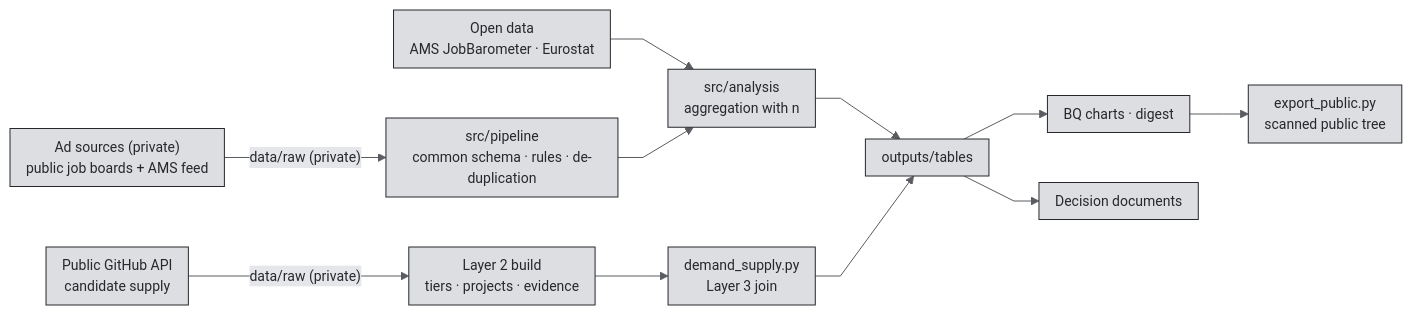
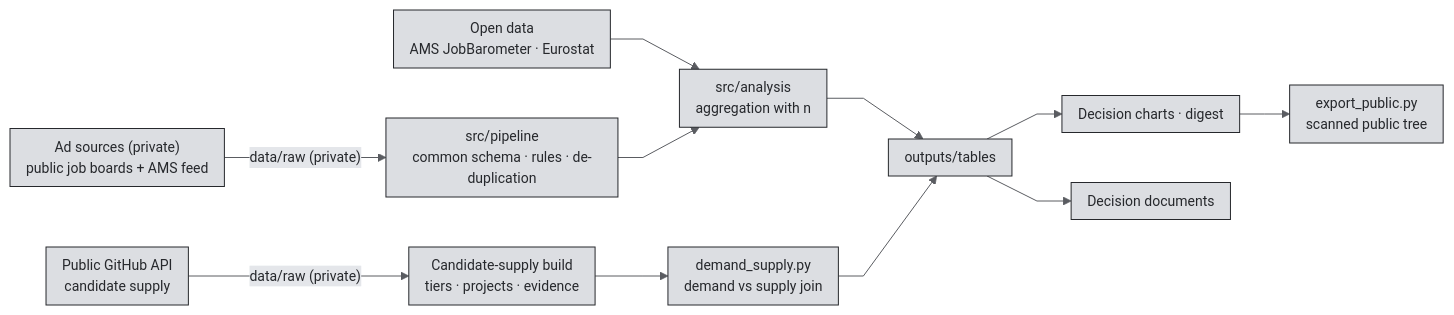
One commit to RafaelBraga-Kribitz/austria-data-job-market-intelligence changed the diagram in README.md. Above: the diagram before and after it, drawn with Mermaid. The commit also changed other lines of this file, not shown here.

````diff
--- a/README.md
+++ b/README.md
@@ -128,14 +185,14 @@
 ```mermaid
 %%{init: {"theme":"base","fontFamily":"BKribitz, system-ui, -apple-system, Segoe UI, Helvetica, Arial, sans-serif","themeVariables":{"background":"#E4E6EA","primaryColor":"#DCDEE2","primaryTextColor":"#26282C","primaryBorderColor":"#26282C","secondaryColor":"#E4E6EA","secondaryTextColor":"#26282C","secondaryBorderColor":"#5A5C61","tertiaryColor":"#E4E6EA","tertiaryTextColor":"#26282C","tertiaryBorderColor":"#C2C4CA","lineColor":"#5A5C61","textColor":"#26282C","mainBkg":"#DCDEE2","nodeBorder":"#26282C","clusterBkg":"#E4E6EA","clusterBorder":"#C2C4CA","edgeLabelBackground":"#E4E6EA","titleColor":"#26282C","fontFamily":"BKribitz, system-ui, -apple-system, Segoe UI, Helvetica, Arial, sans-serif","fontSize":"14px"},"flowchart":{"curve":"linear","htmlLabels":true,"padding":8}}}%%
 flowchart LR
   A["Ad sources (private)<br/>public job boards + AMS feed"] -->|"data/raw (private)"| P["src/pipeline<br/>common schema · rules · de-duplication"]
   O["Open data<br/>AMS JobBarometer · Eurostat"] --> N
-  G["Public GitHub API<br/>candidate supply"] -->|"data/raw (private)"| S["Layer 2 build<br/>tiers · projects · evidence"]
+  G["Public GitHub API<br/>candidate supply"] -->|"data/raw (private)"| S["Candidate-supply build<br/>tiers · projects · evidence"]
   P --> N["src/analysis<br/>aggregation with n"]
-  S --> J["demand_supply.py<br/>Layer 3 join"]
+  S --> J["demand_supply.py<br/>demand vs supply join"]
   N --> T["outputs/tables"]
   J --> T
-  T --> V["BQ charts · digest"]
+  T --> V["Decision charts · digest"]
   T --> D["Decision documents"]
   V --> X["export_public.py<br/>scanned public tree"]
 ```
````
